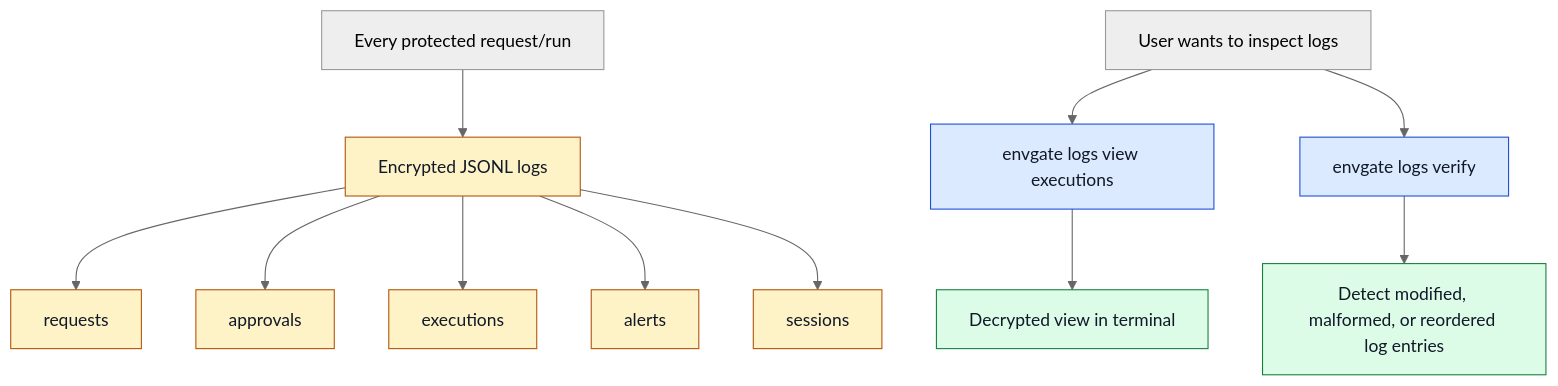
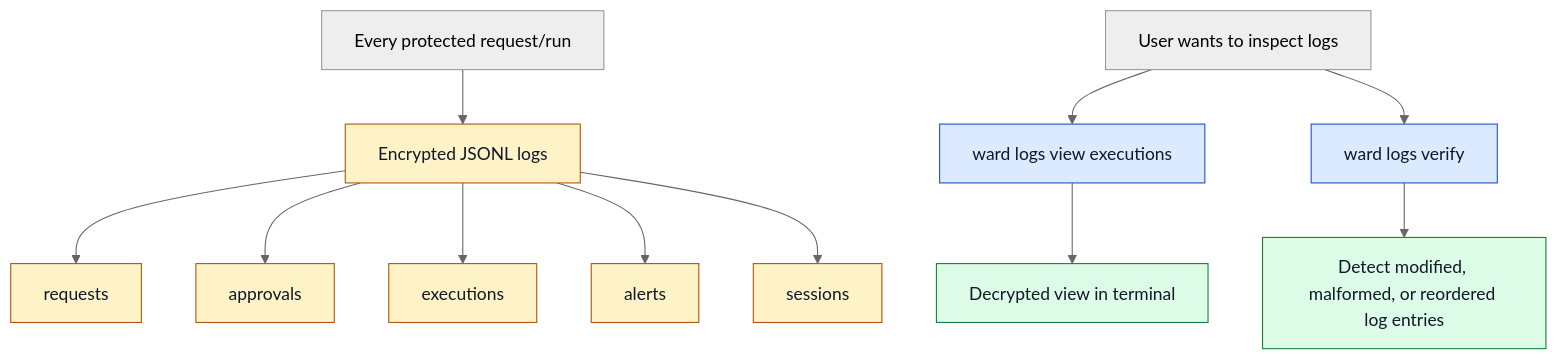
The ninth of 9 diagrams in docs/infographics.md (web3-claw/aiward), drawn with Mermaid (neutral theme) before and after one commit. The commit also changed other lines of this file and 30 other files, not shown here.

First line of the commit message:
refactor: rename envgate → ward across entire codebase

````diff
--- a/docs/infographics.md
+++ b/docs/infographics.md
@@ -315,20 +315,20 @@
 ```mermaid
 flowchart TD
     A["Every protected request/run"] --> B["Encrypted JSONL logs"]
     B --> C["requests"]
     B --> D["approvals"]
     B --> E["executions"]
     B --> F["alerts"]
     B --> G["sessions"]
-    H["User wants to inspect logs"] --> J["envgate logs view executions"]
+    H["User wants to inspect logs"] --> J["ward logs view executions"]
     J --> K["Decrypted view in terminal"]
-    H --> L["envgate logs verify"]
+    H --> L["ward logs verify"]
     L --> M["Detect modified, malformed, or reordered log entries"]
 
     classDef log fill:#fef3c7,stroke:#b45309,color:#111827;
     classDef command fill:#dbeafe,stroke:#1d4ed8,color:#111827;
     classDef result fill:#dcfce7,stroke:#15803d,color:#111827;
     class B,C,D,E,F,G log;
     class J,L command;
     class K,M result;
 ```
````
